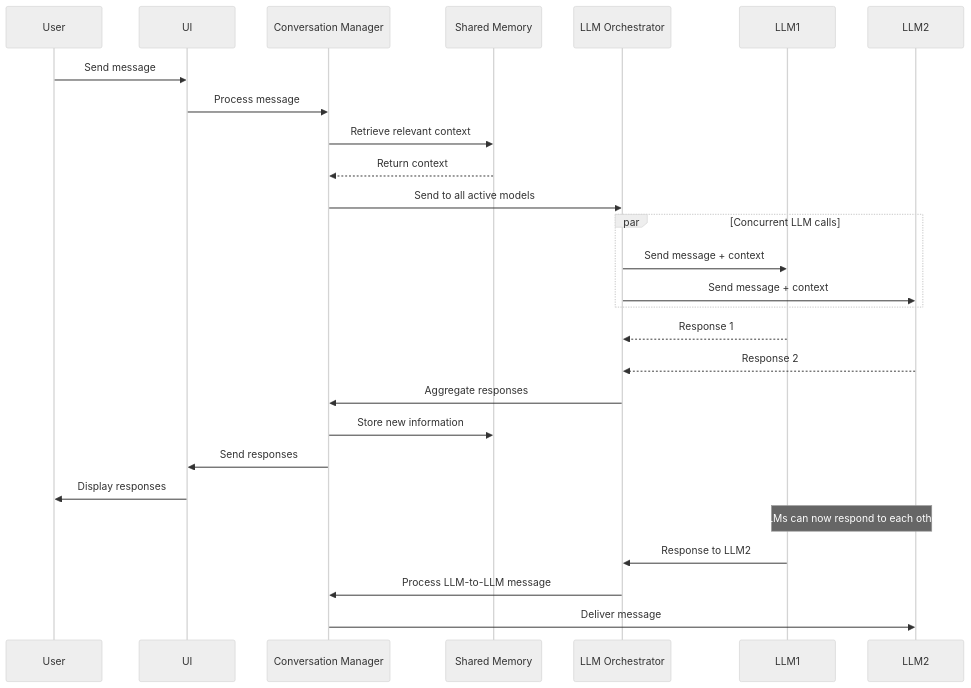
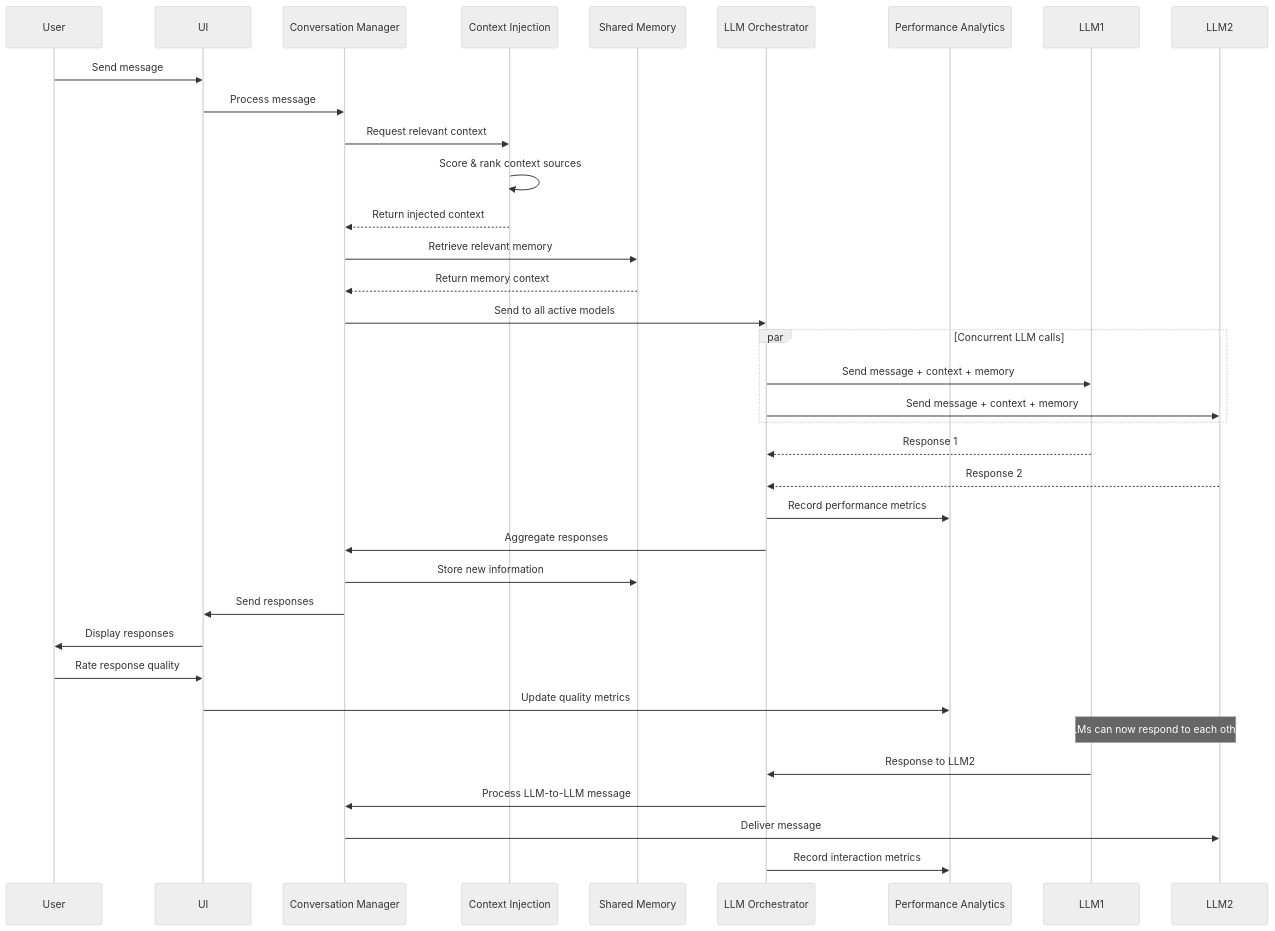
Before and after one commit to jaysalomon/MultiLLM: the second of 2 diagrams in .kiro/specs/multi-llm-chat/design.md, drawn with Mermaid (neutral theme). The commit also changed other lines of this file and 192 other files, not shown here.

````diff
--- a/.kiro/specs/multi-llm-chat/design.md
+++ b/.kiro/specs/multi-llm-chat/design.md
@@ -178,34 +299,44 @@
 ```mermaid
 sequenceDiagram
     participant User
     participant UI
     participant CM as Conversation Manager
+    participant CI as Context Injection
     participant SM as Shared Memory
     participant LO as LLM Orchestrator
+    participant PA as Performance Analytics
     participant LLM1
     participant LLM2
 
     User->>UI: Send message
     UI->>CM: Process message
-    CM->>SM: Retrieve relevant context
-    SM-->>CM: Return context
+    CM->>CI: Request relevant context
+    CI->>CI: Score & rank context sources
+    CI-->>CM: Return injected context
+    CM->>SM: Retrieve relevant memory
+    SM-->>CM: Return memory context
     CM->>LO: Send to all active models
     
     par Concurrent LLM calls
-        LO->>LLM1: Send message + context
-        LO->>LLM2: Send message + context
+        LO->>LLM1: Send message + context + memory
+        LO->>LLM2: Send message + context + memory
     end
     
     LLM1-->>LO: Response 1
     LLM2-->>LO: Response 2
     
+    LO->>PA: Record performance metrics
     LO->>CM: Aggregate responses
     CM->>SM: Store new information
     CM->>UI: Send responses
     UI->>User: Display responses
     
+    User->>UI: Rate response quality
+    UI->>PA: Update quality metrics
+    
     Note over LLM1,LLM2: LLMs can now respond to each other
     LLM1->>LO: Response to LLM2
     LO->>CM: Process LLM-to-LLM message
     CM->>LLM2: Deliver message
+    LO->>PA: Record interaction metrics
 ```
````
